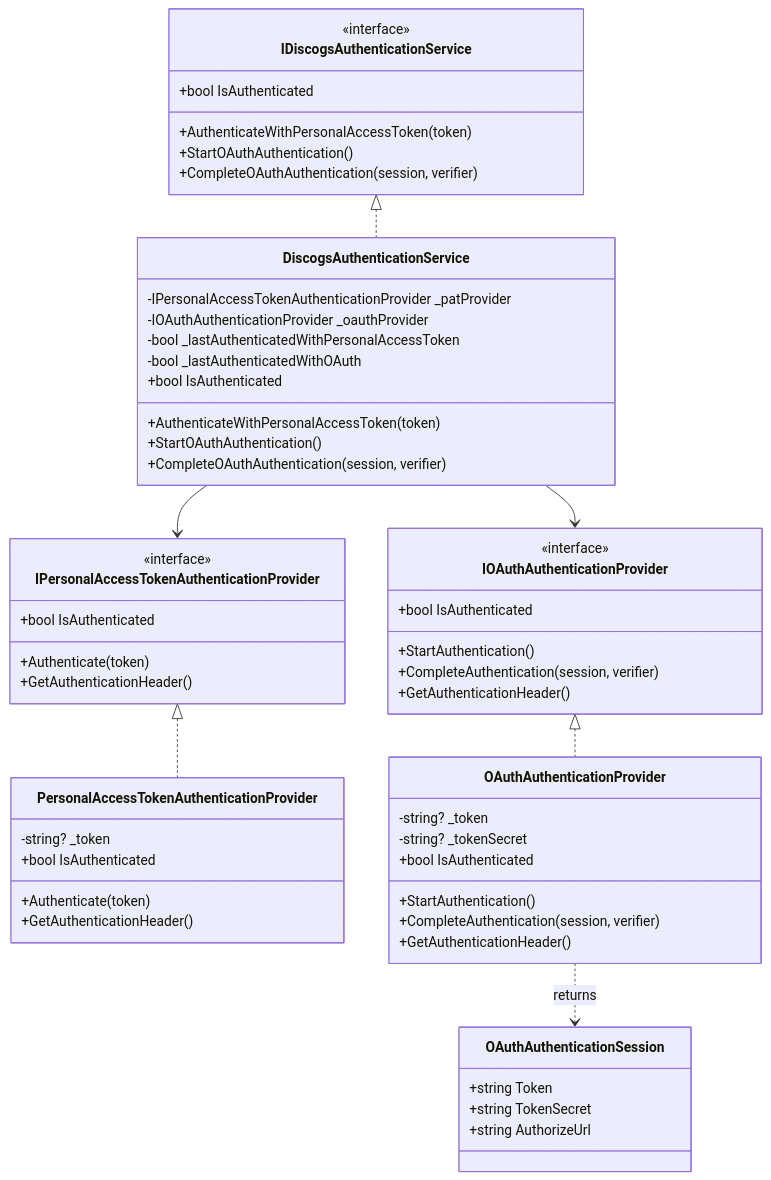
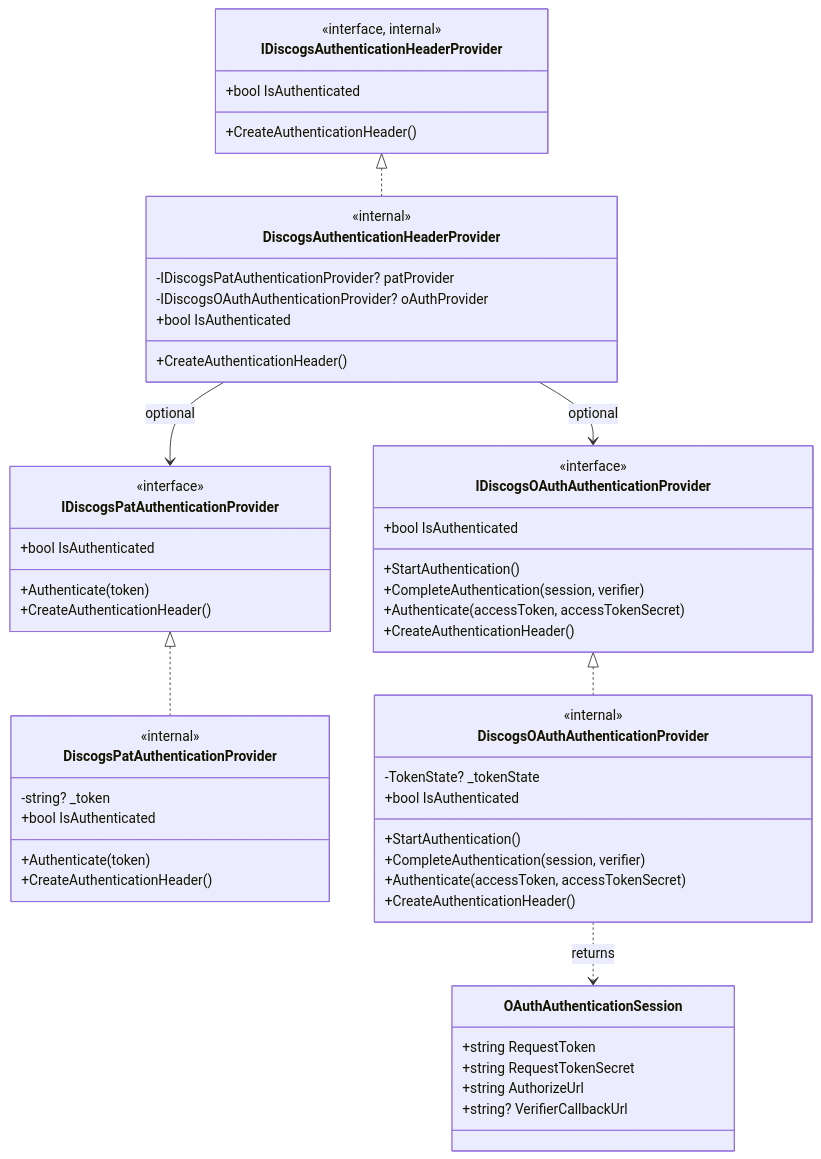
Before and after one commit to damidhagor/DiscogsApiClient: the second of 4 diagrams in docs/ARCHITECTURE.md, drawn with Mermaid. The commit also changed other lines of this file and 294 other files, not shown here.

````diff
--- a/docs/ARCHITECTURE.md
+++ b/docs/ARCHITECTURE.md
@@ -184,65 +227,64 @@
 ```mermaid
 classDiagram
-    class IDiscogsAuthenticationService {
-        <<interface>>
+    class IDiscogsAuthenticationHeaderProvider {
+        <<interface, internal>>
         +bool IsAuthenticated
-        +AuthenticateWithPersonalAccessToken(token)
-        +StartOAuthAuthentication()
-        +CompleteOAuthAuthentication(session, verifier)
+        +CreateAuthenticationHeader()
     }
 
-    class DiscogsAuthenticationService {
-        -IPersonalAccessTokenAuthenticationProvider _patProvider
-        -IOAuthAuthenticationProvider _oauthProvider
-        -bool _lastAuthenticatedWithPersonalAccessToken
-        -bool _lastAuthenticatedWithOAuth
+    class DiscogsAuthenticationHeaderProvider {
+        <<internal>>
+        -IDiscogsPatAuthenticationProvider? patProvider
+        -IDiscogsOAuthAuthenticationProvider? oAuthProvider
         +bool IsAuthenticated
-        +AuthenticateWithPersonalAccessToken(token)
-        +StartOAuthAuthentication()
-        +CompleteOAuthAuthentication(session, verifier)
+        +CreateAuthenticationHeader()
     }
 
-    class IPersonalAccessTokenAuthenticationProvider {
+    class IDiscogsPatAuthenticationProvider {
         <<interface>>
         +bool IsAuthenticated
         +Authenticate(token)
-        +GetAuthenticationHeader()
+        +CreateAuthenticationHeader()
     }
 
-    class PersonalAccessTokenAuthenticationProvider {
+    class DiscogsPatAuthenticationProvider {
+        <<internal>>
         -string? _token
         +bool IsAuthenticated
         +Authenticate(token)
-        +GetAuthenticationHeader()
+        +CreateAuthenticationHeader()
     }
 
-    class IOAuthAuthenticationProvider {
+    class IDiscogsOAuthAuthenticationProvider {
         <<interface>>
         +bool IsAuthenticated
         +StartAuthentication()
         +CompleteAuthentication(session, verifier)
-        +GetAuthenticationHeader()
+        +Authenticate(accessToken, accessTokenSecret)
+        +CreateAuthenticationHeader()
     }
 
-    class OAuthAuthenticationProvider {
-        -string? _token
-        -string? _tokenSecret
+    class DiscogsOAuthAuthenticationProvider {
+        <<internal>>
+        -TokenState? _tokenState
         +bool IsAuthenticated
         +StartAuthentication()
         +CompleteAuthentication(session, verifier)
-        +GetAuthenticationHeader()
+        +Authenticate(accessToken, accessTokenSecret)
+        +CreateAuthenticationHeader()
     }
 
     class OAuthAuthenticationSession {
-        +string Token
-        +string TokenSecret
+        +string RequestToken
+        +string RequestTokenSecret
         +string AuthorizeUrl
+        +string? VerifierCallbackUrl
     }
 
-    IDiscogsAuthenticationService <|.. DiscogsAuthenticationService
-    DiscogsAuthenticationService --> IPersonalAccessTokenAuthenticationProvider
-    DiscogsAuthenticationService --> IOAuthAuthenticationProvider
-    IPersonalAccessTokenAuthenticationProvider <|.. PersonalAccessTokenAuthenticationProvider
-    IOAuthAuthenticationProvider <|.. OAuthAuthenticationProvider
-    OAuthAuthenticationProvider ..> OAuthAuthenticationSession : returns
+    IDiscogsAuthenticationHeaderProvider <|.. DiscogsAuthenticationHeaderProvider
+    DiscogsAuthenticationHeaderProvider --> IDiscogsPatAuthenticationProvider : optional
+    DiscogsAuthenticationHeaderProvider --> IDiscogsOAuthAuthenticationProvider : optional
+    IDiscogsPatAuthenticationProvider <|.. DiscogsPatAuthenticationProvider
+    IDiscogsOAuthAuthenticationProvider <|.. DiscogsOAuthAuthenticationProvider
+    DiscogsOAuthAuthenticationProvider ..> OAuthAuthenticationSession : returns
 ```
````
